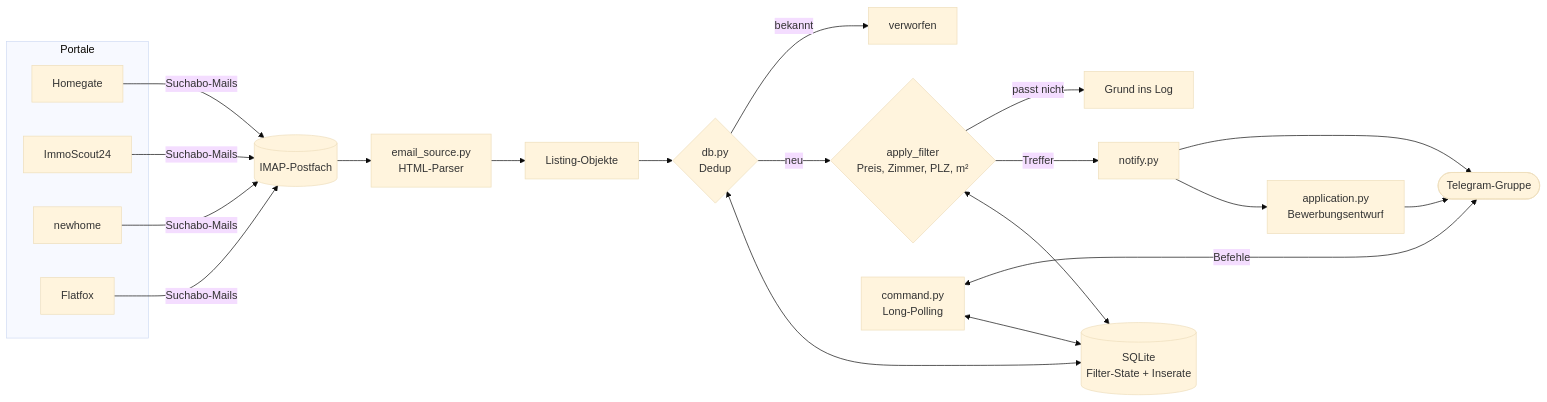
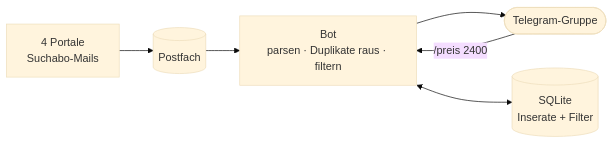
Before and after one commit to claudiokoller/wohnung-agent: the diagram in README.md, drawn with Mermaid (base theme). The commit also changed other lines of this file and 1 other file, not shown here.

````diff
--- a/README.md
+++ b/README.md
@@ -40,26 +37,8 @@
 ```mermaid
 flowchart LR
-    subgraph Portale
-        HG[Homegate]
-        IS[ImmoScout24]
-        NH[newhome]
-        FF[Flatfox]
-    end
-
-    HG & IS & NH & FF -->|Suchabo-Mails| MB[(IMAP-Postfach)]
-    MB --> ES["email_source.py<br/>HTML-Parser"]
-    ES --> LI["Listing-Objekte"]
-    LI --> DEDUP{"db.py<br/>Dedup"}
-    DEDUP -->|bekannt| X["verworfen"]
-    DEDUP -->|neu| FILT{"apply_filter<br/>Preis, Zimmer, PLZ, m²"}
-    FILT -->|passt nicht| LOG["Grund ins Log"]
-    FILT -->|Treffer| NO["notify.py"]
-    NO --> TG(["Telegram-Gruppe"])
-    NO --> AP["application.py<br/>Bewerbungsentwurf"]
-    AP --> TG
-
-    CMD["command.py<br/>Long-Polling"] <-->|Befehle| TG
-    CMD <--> DB[("SQLite<br/>Filter-State + Inserate")]
-    DEDUP <--> DB
-    FILT <--> DB
+    P["4 Portale<br/>Suchabo-Mails"] --> M[(Postfach)]
+    M --> B["Bot<br/>parsen · Duplikate raus · filtern"]
+    B --> T(["Telegram-Gruppe"])
+    B <--> D[("SQLite<br/>Inserate + Filter")]
+    T -->|"/preis 2400"| B
 ```
````
